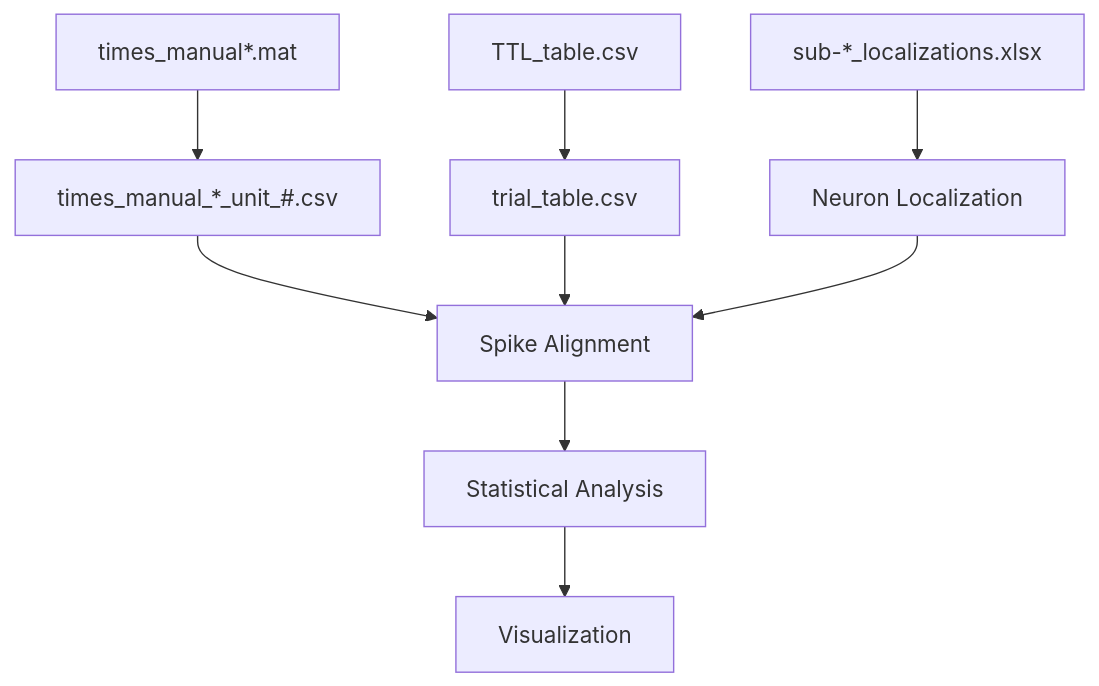
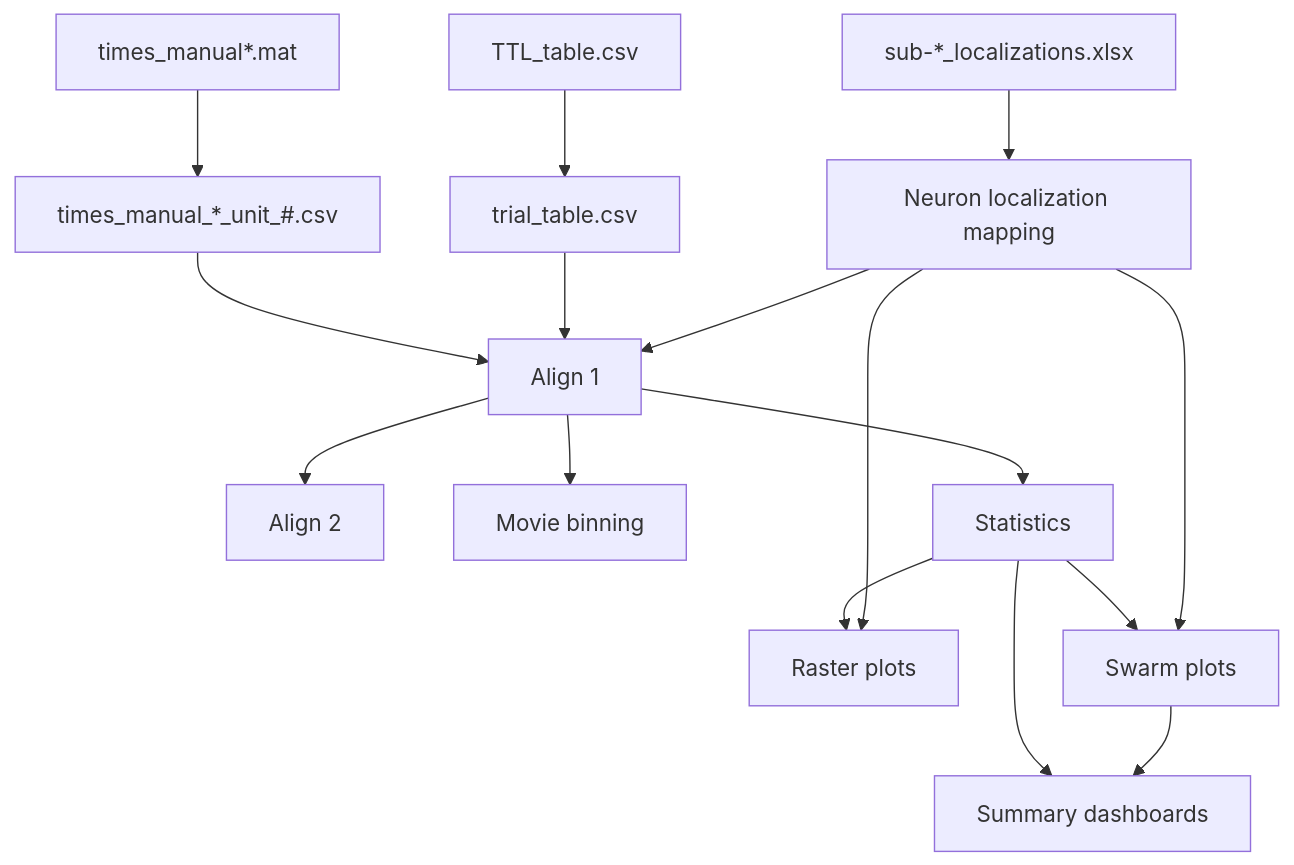
The diagram in README.md (uzairh1/cnl-aatmi-project), drawn with Mermaid before and after one commit. The commit also changed other lines of this file and 1 other file, not shown here.

````diff
--- a/README.md
+++ b/README.md
@@ -203,30 +322,42 @@
-```mermaid
+``` mermaid
 flowchart TD
 
-MAT["times_manual*.mat"]
-CSV["times_manual_*_unit_#.csv"]
+    MAT["times_manual*.mat"]
+    CSV["times_manual_*_unit_#.csv"]
 
-TTL["TTL_table.csv"]
-TRIAL["trial_table.csv"]
+    TTL["TTL_table.csv"]
+    TRIAL["trial_table.csv"]
 
-LOC["sub-*_localizations.xlsx"]
-LOCALIZATION["Neuron Localization"]
+    LOC["sub-*_localizations.xlsx"]
+    LOCALIZATION["Neuron localization mapping"]
 
-ALIGN["Spike Alignment"]
-STATS["Statistical Analysis"]
-PLOTS["Visualization"]
+    ALIGN1["Align 1"]
+    ALIGN2["Align 2"]
+    BIN["Movie binning"]
+    STATS["Statistics"]
+    RASTERS["Raster plots"]
+    SWARM["Swarm plots"]
+    SUM["Summary dashboards"]
 
-MAT --> CSV
+    MAT --> CSV
 
-TTL --> TRIAL
+    TTL --> TRIAL
 
-LOC --> LOCALIZATION
+    LOC --> LOCALIZATION
 
-CSV --> ALIGN
-TRIAL --> ALIGN
-LOCALIZATION --> ALIGN
+    CSV --> ALIGN1
+    TRIAL --> ALIGN1
+    LOCALIZATION --> ALIGN1
 
-ALIGN --> STATS
+    ALIGN1 --> ALIGN2
+    ALIGN1 --> BIN
+    ALIGN1 --> STATS
 
-STATS --> PLOTS
+    STATS --> RASTERS
+    STATS --> SWARM
+    STATS --> SUM
+
+    LOCALIZATION --> RASTERS
+    LOCALIZATION --> SWARM
+    SWARM --> SUM
 ```
````
